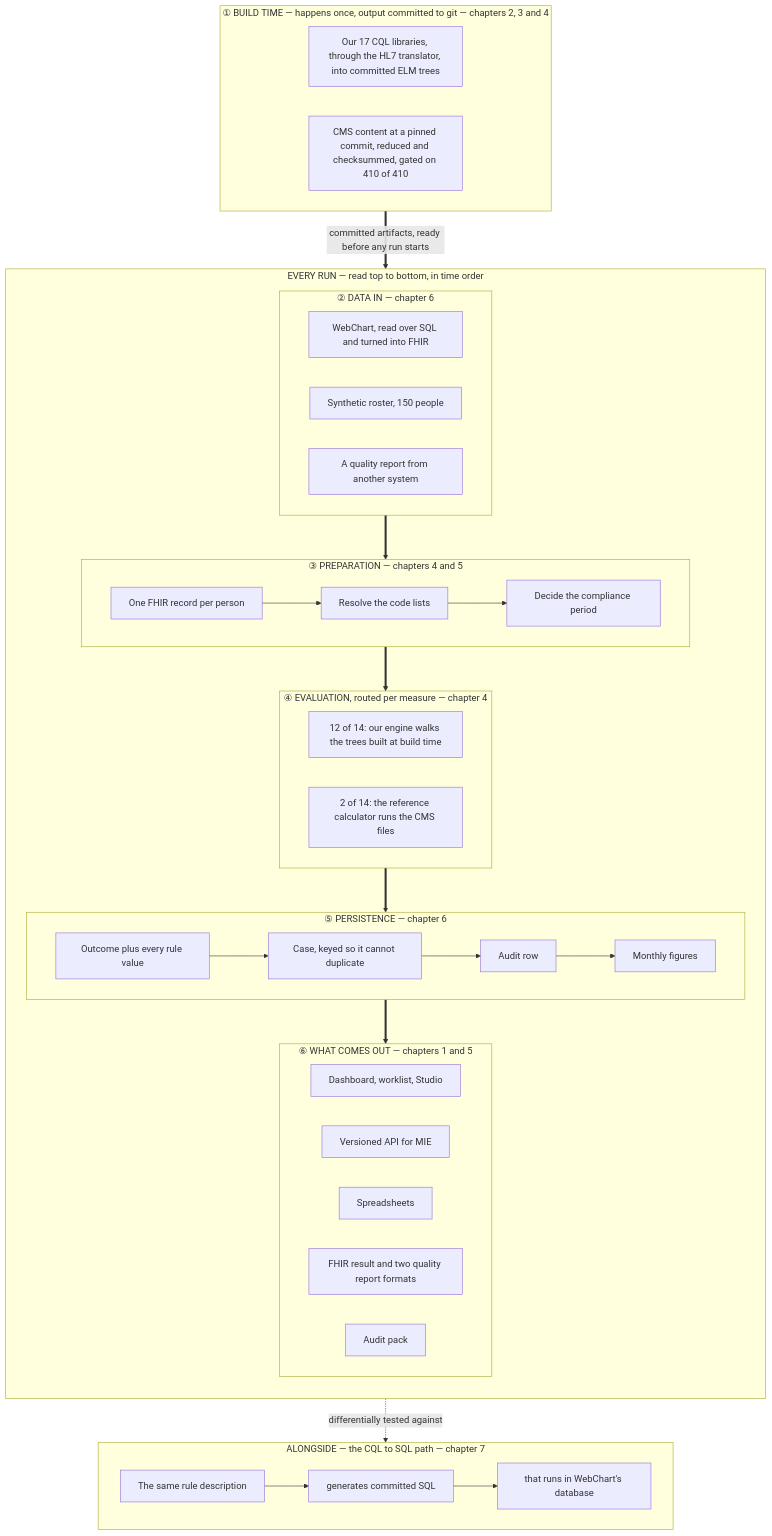
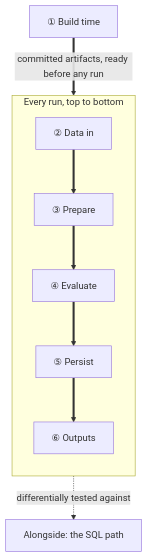
One commit to Taleef7/workwell changed the diagram in docs/guide/README.md. Above: the diagram before and after it, drawn with Mermaid. The commit also changed other lines of this file, not shown here.

Commit message:
docs(guide): simplify the whole-thing-on-one-page diagram
22 sentence-length nodes across 8 subgraphs required panning and
zooming to read. Collapse to 7 short-label nodes (one per stage) and
move the per-stage detail into a numbered list below the diagram,
each item keeping its chapter link. No information lost, just moved
out of the boxes.

````diff
--- a/docs/guide/README.md
+++ b/docs/guide/README.md
@@ -38,48 +39,16 @@
 ```mermaid
 flowchart TB
-  subgraph ONCE["① BUILD TIME — happens once, output committed to git — chapters 2, 3 and 4"]
-    direction LR
-    C1["Our 17 CQL libraries, through the HL7 translator, into committed ELM trees"]
-    V1["CMS content at a pinned commit, reduced and checksummed, gated on 410 of 410"]
+  BUILD["① Build time"]
+  subgraph RUN["Every run, top to bottom"]
+    direction TB
+    DATA["② Data in"]
+    PREP["③ Prepare"]
+    EVAL["④ Evaluate"]
+    SAVE["⑤ Persist"]
+    OUT["⑥ Outputs"]
+    DATA ==> PREP ==> EVAL ==> SAVE ==> OUT
   end
-  subgraph EVERYRUN["EVERY RUN — read top to bottom, in time order"]
-    direction TB
-    subgraph DATA["② DATA IN — chapter 6"]
-      direction LR
-      D1["WebChart, read over SQL and turned into FHIR"]
-      D2["Synthetic roster, 150 people"]
-      D3["A quality report from another system"]
-    end
-    subgraph PREP["③ PREPARATION — chapters 4 and 5"]
-      direction LR
-      P1["One FHIR record per person"] --> P2["Resolve the code lists"] --> P3["Decide the compliance period"]
-    end
-    subgraph RUNBOX["④ EVALUATION, routed per measure — chapter 4"]
-      direction LR
-      R1["12 of 14: our engine walks the trees built at build time"]
-      R2["2 of 14: the reference calculator runs the CMS files"]
-    end
-    subgraph SAVE["⑤ PERSISTENCE — chapter 6"]
-      direction LR
-      S1["Outcome plus every rule value"] --> S2["Case, keyed so it cannot duplicate"] --> S3["Audit row"] --> S4["Monthly figures"]
-    end
-    subgraph OUTBOX["⑥ WHAT COMES OUT — chapters 1 and 5"]
-      direction LR
-      O1["Dashboard, worklist, Studio"]
-      O2["Versioned API for MIE"]
-      O3["Spreadsheets"]
-      O4["FHIR result and two quality report formats"]
-      O5["Audit pack"]
-    end
-    DATA ==> PREP
-    PREP ==> RUNBOX
-    RUNBOX ==> SAVE
-    SAVE ==> OUTBOX
-  end
-  subgraph SQLPATH["ALONGSIDE — the CQL to SQL path — chapter 7"]
-    direction LR
-    G1["The same rule description"] --> G2["generates committed SQL"] --> G3["that runs in WebChart's database"]
-  end
-  ONCE ==>|"committed artifacts, ready before any run starts"| EVERYRUN
-  RUNBOX -. "differentially tested against" .-> SQLPATH
+  SQL["Alongside: the SQL path"]
+  BUILD ==>|"committed artifacts, ready before any run"| RUN
+  EVAL -. "differentially tested against" .-> SQL
 ```
````
